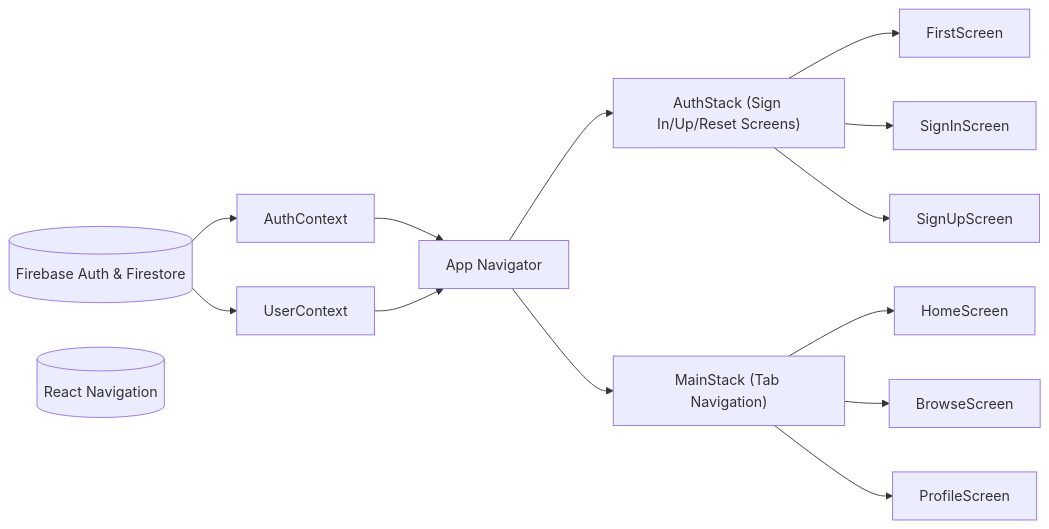
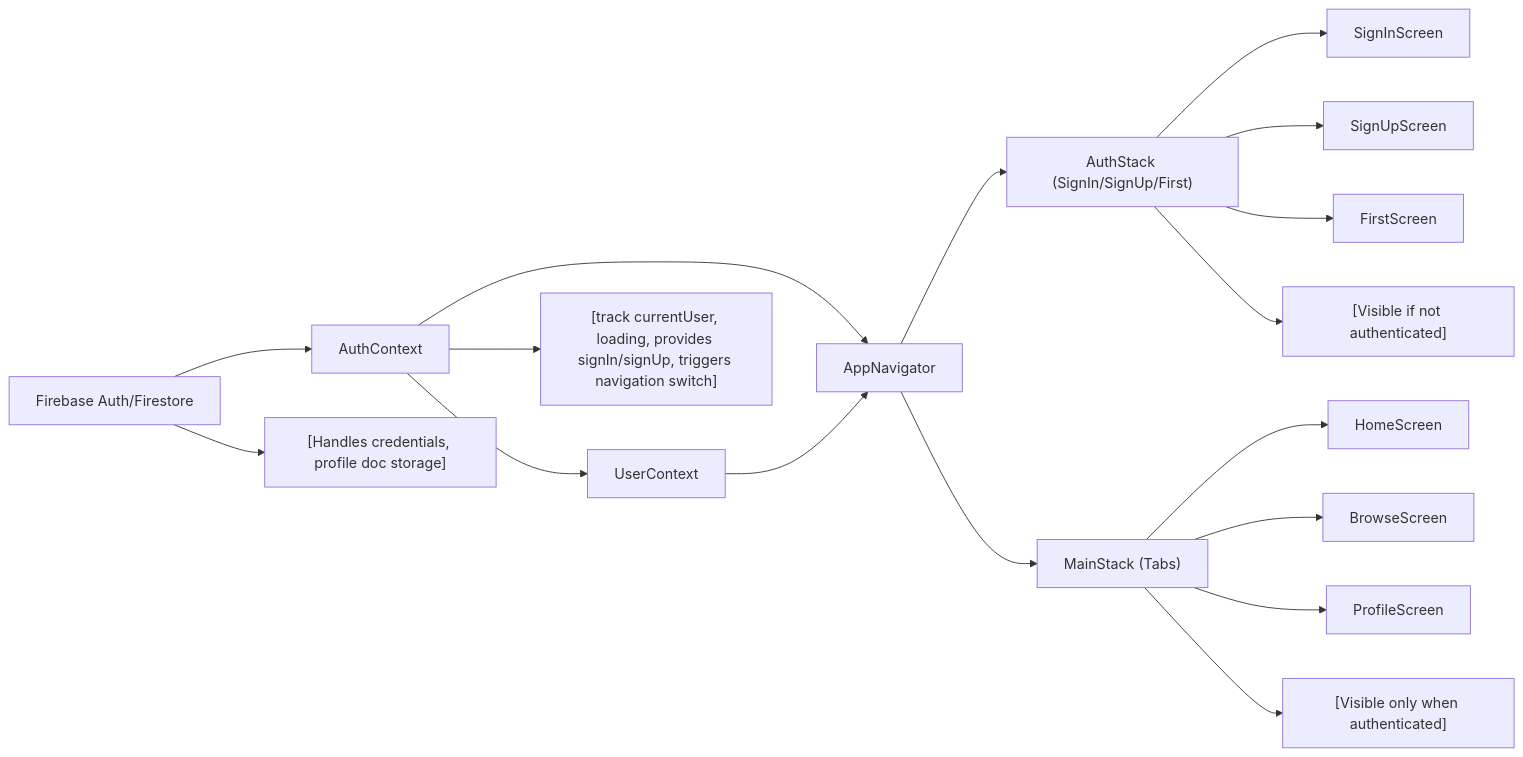
One commit to lucasboucher/Expo-Firebase-Boiler-Plate-2 changed the diagram in .shelfya/guide/architecture.md. Above: the diagram before and after it, drawn with Mermaid. The commit also changed other lines of this file and 7 other files, not shown here.

````diff
--- a/.shelfya/guide/architecture.md
+++ b/.shelfya/guide/architecture.md
@@ -62,17 +77,21 @@
 ```mermaid
 flowchart LR
-  firebase[("Firebase Auth & Firestore")]
-  navigation[("React Navigation")]
-  firebase --> AuthContext["AuthContext"]
-  firebase --> UserContext["UserContext"]
-  AuthContext --> AppNavigator["App Navigator"]
-  UserContext --> AppNavigator
-  AppNavigator --> AuthStack["AuthStack (Sign In/Up/Reset Screens)"]
-  AppNavigator --> MainStack["MainStack (Tab Navigation)"]
-  MainStack --> HomeScreen["HomeScreen"]
-  MainStack --> BrowseScreen["BrowseScreen"]
-  MainStack --> ProfileScreen["ProfileScreen"]
-  AuthStack --> FirstScreen["FirstScreen"]
-  AuthStack --> SignInScreen["SignInScreen"]
-  AuthStack --> SignUpScreen["SignUpScreen"]
+  firebase["Firebase Auth/Firestore"] --> authContext["AuthContext"]
+  authContext --> userContext["UserContext"]
+  authContext --> appNavigator["AppNavigator"]
+  userContext --> appNavigator
+  appNavigator --> authStack["AuthStack (SignIn/SignUp/First)"]
+  appNavigator --> mainStack["MainStack (Tabs)"]
+  mainStack --> homeScreen["HomeScreen"]
+  mainStack --> browseScreen["BrowseScreen"]
+  mainStack --> profileScreen["ProfileScreen"]
+  authStack --> signInScreen["SignInScreen"]
+  authStack --> signUpScreen["SignUpScreen"]
+  authStack --> firstScreen["FirstScreen"]
+  
+  %% Details nodes (optional)
+  firebase --> details["[Handles credentials, profile doc storage]"]
+  authContext --> process["[track currentUser, loading, provides signIn/signUp, triggers navigation switch]"]
+  mainStack --> consumers["[Visible only when authenticated]"]
+  authStack --> consumers2["[Visible if not authenticated]"]
 ```
````
